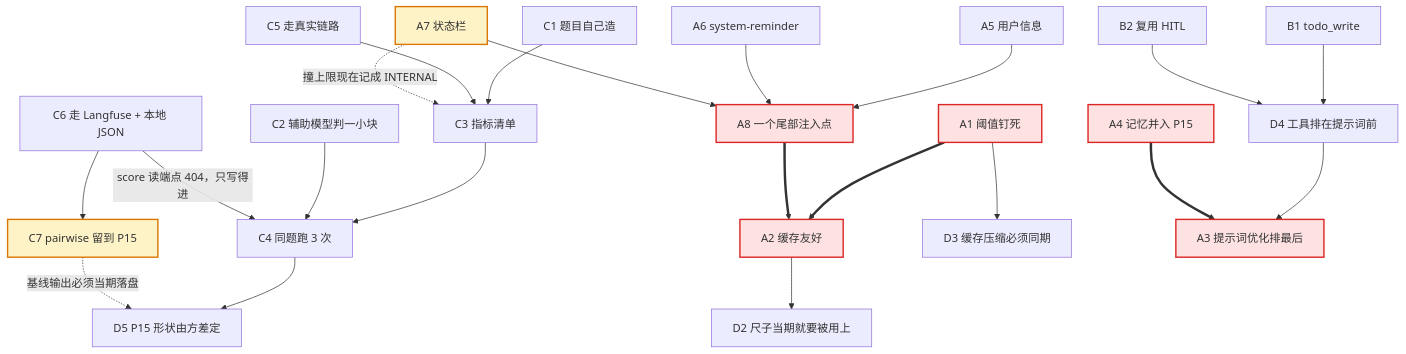
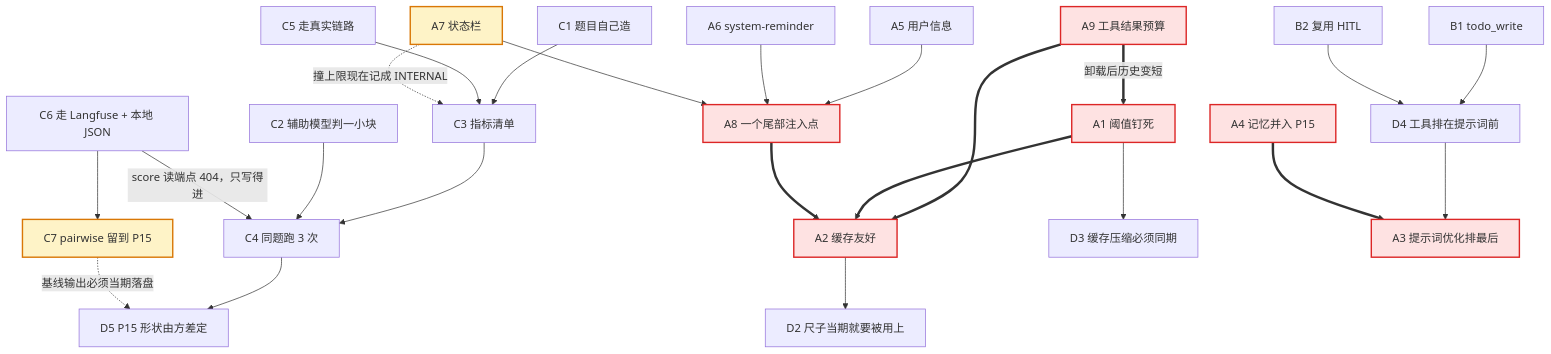
Before and after one commit to hxy2321548628/FinAgentPlatform: the diagram in doc/03plan/P13-decision.md, drawn with Mermaid. The commit also changed other lines of this file and 2 other files, not shown here.

````diff
--- a/doc/03plan/P13-decision.md
+++ b/doc/03plan/P13-decision.md
@@ -422,30 +481,32 @@
 ```mermaid
 flowchart TD
     C1["C1 题目自己造"] --> C3["C3 指标清单"]
     C5["C5 走真实链路"] --> C3
     C3 --> C4["C4 同题跑 3 次"]
     C4 --> D5["D5 P15 形状由方差定"]
     C2["C2 辅助模型判一小块"] --> C4
     C6["C6 走 Langfuse + 本地 JSON"] -->|"score 读端点 404，只写得进"| C4
     C6 --> C7["C7 pairwise 留到 P15"]
     C7 -.->|"基线输出必须当期落盘"| D5
 
-    A1["A1 阈值钉死"] ==> A2["A2 缓存友好"]
+    A9["A9 工具结果预算"] ==> A2["A2 缓存友好"]
+    A9 ==>|"卸载后历史变短"| A1["A1 阈值钉死"]
+    A1 ==> A2
     A8["A8 一个尾部注入点"] ==> A2
     A5["A5 用户信息"] --> A8
     A6["A6 system-reminder"] --> A8
     A7["A7 状态栏"] --> A8
     A7 -.->|"撞上限现在记成 INTERNAL"| C3
     A2 --> D2["D2 尺子当期就要被用上"]
     A1 --> D3["D3 缓存压缩必须同期"]
 
     B1["B1 todo_write"] --> D4["D4 工具排在提示词前"]
     B2["B2 复用 HITL"] --> D4
     D4 --> A3["A3 提示词优化排最后"]
     A4["A4 记忆并入 P15"] ==> A3
 
     classDef risk fill:#FEE2E2,stroke:#DC2626,stroke-width:2px
-    class A1,A2,A8,A4,A3 risk
+    class A1,A2,A8,A9,A4,A3 risk
     classDef gap fill:#FEF3C7,stroke:#D97706,stroke-width:2px
     class C7,A7 gap
 ```
````
